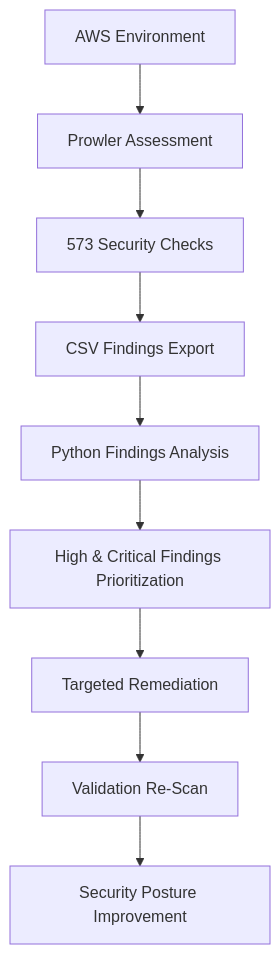
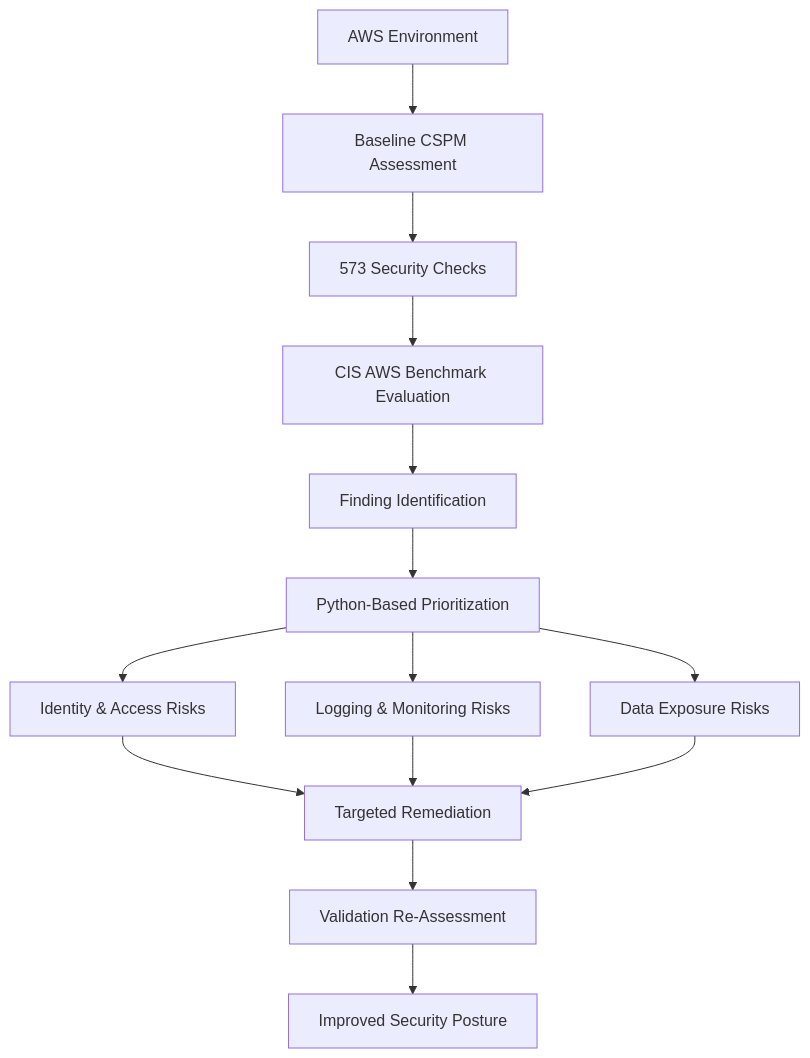
One commit to Shashankk2601/aws-cloud-security-posture-assessment changed the diagram in README.md. Above: the diagram before and after it, drawn with Mermaid. The commit also changed other lines of this file, not shown here.

````diff
--- a/README.md
+++ b/README.md
@@ -32,11 +59,25 @@
 ```mermaid
 flowchart TD
-    A[AWS Environment] --> B[Prowler Assessment]
-    B --> C[573 Security Checks]
-    C --> D[CSV Findings Export]
-    D --> E[Python Findings Analysis]
-    E --> F[High & Critical Findings Prioritization]
-    F --> G[Targeted Remediation]
-    G --> H[Validation Re-Scan]
-    H --> I[Security Posture Improvement]
+
+A[AWS Environment]
+
+A --> B[Baseline CSPM Assessment]
+B --> C[573 Security Checks]
+
+C --> D[CIS AWS Benchmark Evaluation]
+
+D --> E[Finding Identification]
+E --> F[Python-Based Prioritization]
+
+F --> G[Identity & Access Risks]
+F --> H[Logging & Monitoring Risks]
+F --> I[Data Exposure Risks]
+
+G --> J[Targeted Remediation]
+H --> J
+I --> J
+
+J --> K[Validation Re-Assessment]
+
+K --> L[Improved Security Posture]
 ```
````
